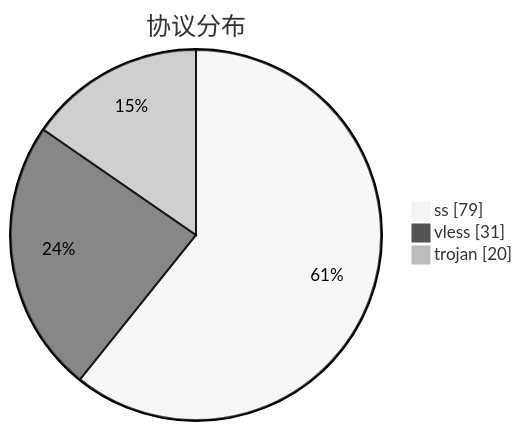
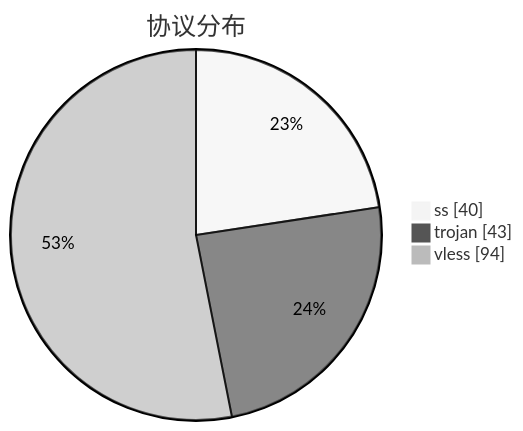
One commit to qjlxg/airport changed the third of 3 diagrams in subs/statistics/tested_within.md. Above: the diagram before and after it, drawn with Mermaid (neutral theme). The commit also changed other lines of this file and 2 other files, not shown here.

````diff
--- a/subs/statistics/tested_within.md
+++ b/subs/statistics/tested_within.md
@@ -31,7 +27,7 @@
 ```mermaid
 pie showData
 title 协议分布
-"ss" : 79
-"vless" : 31
-"trojan" : 20
+"ss" : 40
+"trojan" : 43
+"vless" : 94
 ```
````
